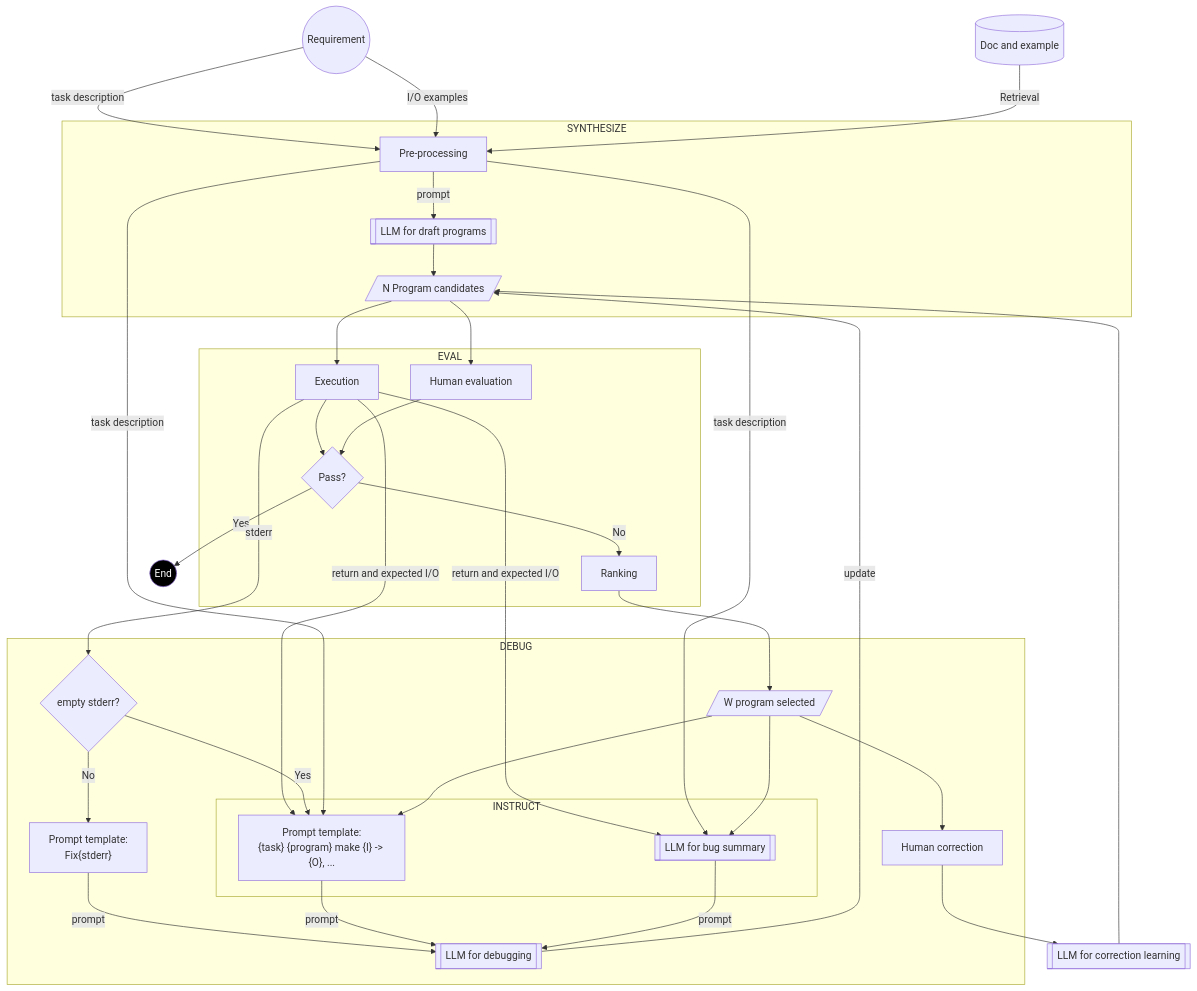
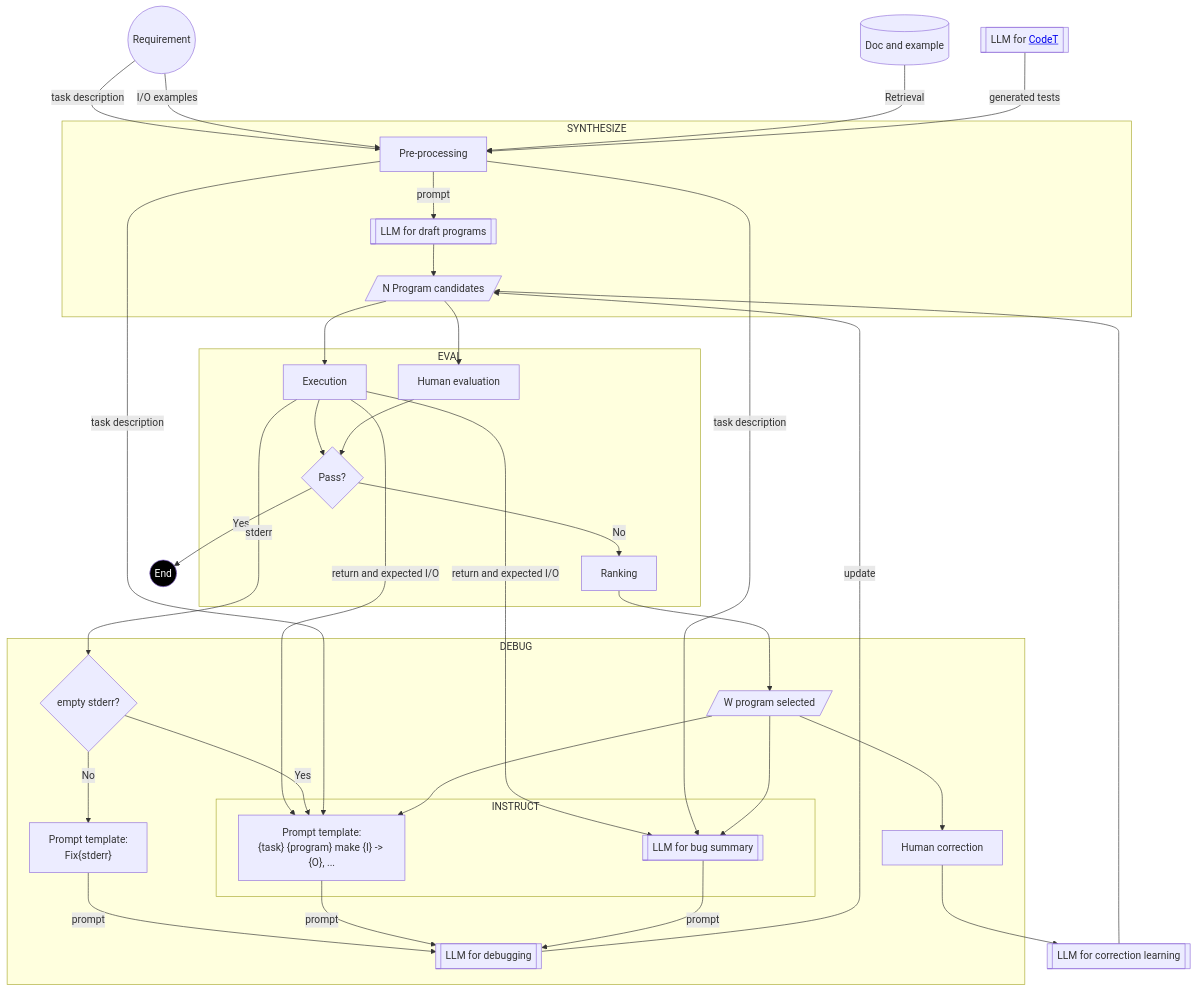
The second of 2 diagrams in Code-Generation.md (AI-LLM/ai-llm.github.io), drawn with Mermaid before and after one commit.

````diff
--- a/Code-Generation.md
+++ b/Code-Generation.md
@@ -62,47 +62,48 @@
 ```mermaid
 graph TD;
 classDef INV fill:black,color:white;
 S((Requirement)) -- task description --> Pre-processing
 S -- I/O examples --> Pre-processing
 doc[(Doc and example)] -- Retrieval --> Pre-processing
+LLMcodet[["LLM for <a href='https://arxiv.org/pdf/2207.10397v2.pdf'>CodeT</a>"]] -- generated tests --> Pre-processing
 
 subgraph SYNTHESIZE
 Pre-processing -- prompt --> LLMsynth[[LLM for draft programs]]
 LLMsynth --> PN[/N Program candidates/]
 end
 
 PN --> Execution
 PN --> Evaluation[Human evaluation]
 
 subgraph EVAL
 Execution --> Suc{Pass?} -- No -->Ranking
 Evaluation --> Suc
 end
 
 Suc -- Yes --> End((End));class End INV
 Ranking --> PS[/W program selected/]
 
 subgraph DEBUG
 Execution -- stderr --> noerr{empty stderr?}
 noerr -- No --> PT1["Prompt template:\nFix{stderr}"] 
 PT1 -- prompt --> LLMdebug
 subgraph INSTRUCT
 PT2["Prompt template:\n{task} {program} make {I} -> {O}, ..."]
 LLMsum[[LLM for bug summary]]
 end
 Execution -- return and expected I/O --> PT2
 Execution -- return and expected I/O --> LLMsum
 noerr -- Yes --> PT2
 Pre-processing -- task description --> PT2
 Pre-processing -- task description --> LLMsum
 PS --> PT2
 PS --> LLMsum
 PT2 -- prompt --> LLMdebug[[LLM for debugging]]
 LLMsum -- prompt --> LLMdebug
 PS --> Correction[Human correction]
 LLMdebug -- update --> PN
 end
 
 Correction --> LLMcorrect[[LLM for correction learning]]
 LLMcorrect --> PN
 ```
````
